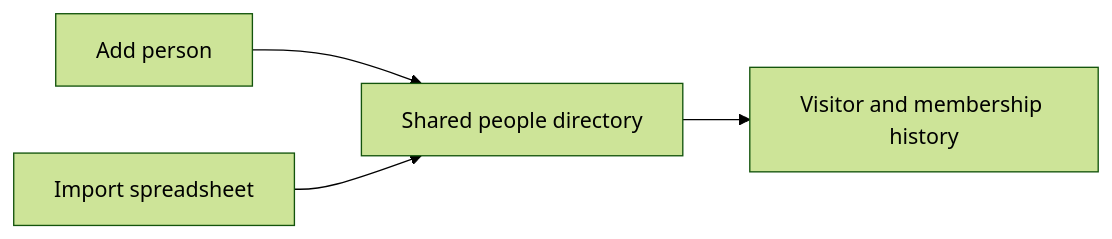
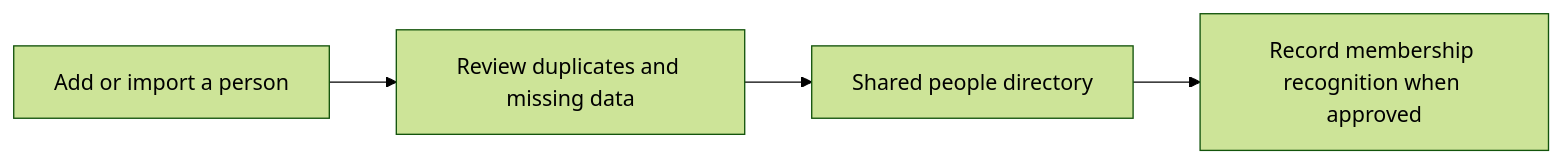
The diagram in docs/people-and-membership.md (Elvis020/eglise), drawn with Mermaid (forest theme) before and after one commit. The commit also changed other lines of this file and 15 other files, not shown here.

First line of the commit message:
feat: align Eglise roadmap with stakeholder discovery

````diff
--- a/docs/people-and-membership.md
+++ b/docs/people-and-membership.md
@@ -13,6 +19,6 @@
 ```mermaid
 flowchart LR
-    manual["Add person"] --> directory["Shared people directory"]
-    spreadsheet["Import spreadsheet"] --> directory
-    directory --> membership["Visitor and membership history"]
+    add["Add or import a person"] --> review["Review duplicates and missing data"]
+    review --> directory["Shared people directory"]
+    directory --> membership["Record membership recognition when approved"]
 ```
````
